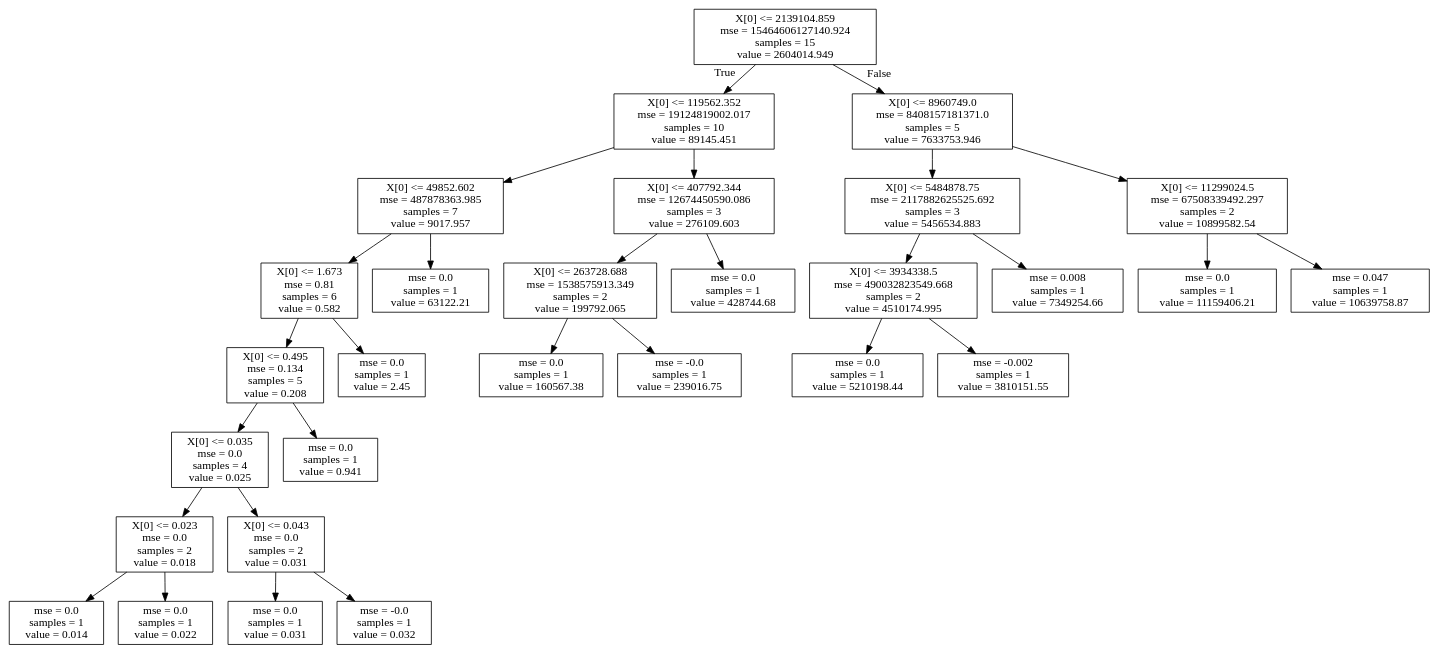
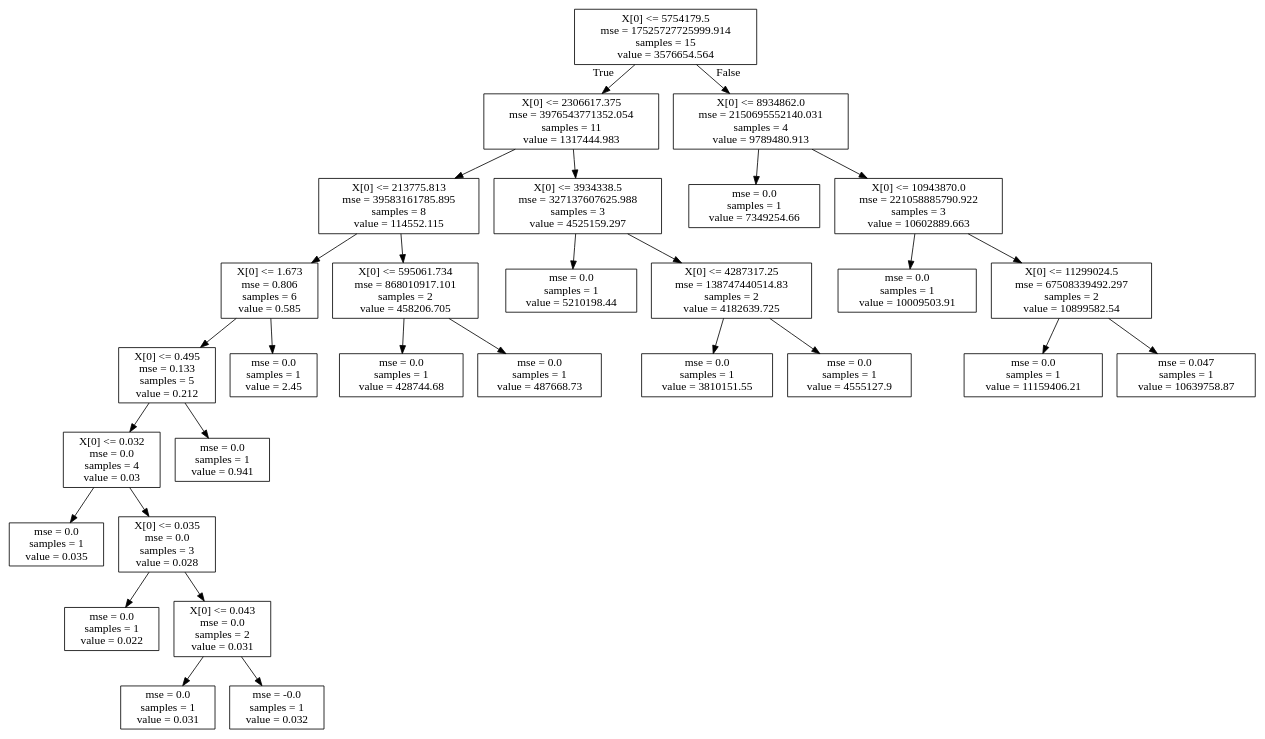
The diagram in dot_tree.dot (Dimitrios-Mourtzilas/Business-Strategy), drawn with Graphviz before and after one commit. The commit also changed 5 other files, not shown here.

```diff
--- a/dot_tree.dot
+++ b/dot_tree.dot
@@ -1,60 +1,60 @@
 digraph Tree {
 node [shape=box] ;
-0 [label="X[0] <= 2139104.859\nmse = 15464606127140.924\nsamples = 15\nvalue = 2604014.949"] ;
-1 [label="X[0] <= 119562.352\nmse = 19124819002.017\nsamples = 10\nvalue = 89145.451"] ;
+0 [label="X[0] <= 5754179.5\nmse = 17525727725999.914\nsamples = 15\nvalue = 3576654.564"] ;
+1 [label="X[0] <= 2306617.375\nmse = 3976543771352.054\nsamples = 11\nvalue = 1317444.983"] ;
 0 -> 1 [labeldistance=2.5, labelangle=45, headlabel="True"] ;
-2 [label="X[0] <= 49852.602\nmse = 487878363.985\nsamples = 7\nvalue = 9017.957"] ;
+2 [label="X[0] <= 213775.813\nmse = 39583161785.895\nsamples = 8\nvalue = 114552.115"] ;
 1 -> 2 ;
-3 [label="X[0] <= 1.673\nmse = 0.81\nsamples = 6\nvalue = 0.582"] ;
+3 [label="X[0] <= 1.673\nmse = 0.806\nsamples = 6\nvalue = 0.585"] ;
 2 -> 3 ;
-4 [label="X[0] <= 0.495\nmse = 0.134\nsamples = 5\nvalue = 0.208"] ;
+4 [label="X[0] <= 0.495\nmse = 0.133\nsamples = 5\nvalue = 0.212"] ;
 3 -> 4 ;
-5 [label="X[0] <= 0.035\nmse = 0.0\nsamples = 4\nvalue = 0.025"] ;
+5 [label="X[0] <= 0.032\nmse = 0.0\nsamples = 4\nvalue = 0.03"] ;
 4 -> 5 ;
-6 [label="X[0] <= 0.023\nmse = 0.0\nsamples = 2\nvalue = 0.018"] ;
+6 [label="mse = 0.0\nsamples = 1\nvalue = 0.035"] ;
 5 -> 6 ;
-7 [label="mse = 0.0\nsamples = 1\nvalue = 0.014"] ;
-6 -> 7 ;
+7 [label="X[0] <= 0.035\nmse = 0.0\nsamples = 3\nvalue = 0.028"] ;
+5 -> 7 ;
 8 [label="mse = 0.0\nsamples = 1\nvalue = 0.022"] ;
-6 -> 8 ;
+7 -> 8 ;
 9 [label="X[0] <= 0.043\nmse = 0.0\nsamples = 2\nvalue = 0.031"] ;
-5 -> 9 ;
+7 -> 9 ;
 10 [label="mse = 0.0\nsamples = 1\nvalue = 0.031"] ;
 9 -> 10 ;
 11 [label="mse = -0.0\nsamples = 1\nvalue = 0.032"] ;
 9 -> 11 ;
 12 [label="mse = 0.0\nsamples = 1\nvalue = 0.941"] ;
 4 -> 12 ;
 13 [label="mse = 0.0\nsamples = 1\nvalue = 2.45"] ;
 3 -> 13 ;
-14 [label="mse = 0.0\nsamples = 1\nvalue = 63122.21"] ;
+14 [label="X[0] <= 595061.734\nmse = 868010917.101\nsamples = 2\nvalue = 458206.705"] ;
 2 -> 14 ;
-15 [label="X[0] <= 407792.344\nmse = 12674450590.086\nsamples = 3\nvalue = 276109.603"] ;
-1 -> 15 ;
-16 [label="X[0] <= 263728.688\nmse = 1538575913.349\nsamples = 2\nvalue = 199792.065"] ;
-15 -> 16 ;
-17 [label="mse = 0.0\nsamples = 1\nvalue = 160567.38"] ;
-16 -> 17 ;
-18 [label="mse = -0.0\nsamples = 1\nvalue = 239016.75"] ;
-16 -> 18 ;
-19 [label="mse = 0.0\nsamples = 1\nvalue = 428744.68"] ;
-15 -> 19 ;
-20 [label="X[0] <= 8960749.0\nmse = 8408157181371.0\nsamples = 5\nvalue = 7633753.946"] ;
-0 -> 20 [labeldistance=2.5, labelangle=-45, headlabel="False"] ;
-21 [label="X[0] <= 5484878.75\nmse = 2117882625525.692\nsamples = 3\nvalue = 5456534.883"] ;
-20 -> 21 ;
-22 [label="X[0] <= 3934338.5\nmse = 490032823549.668\nsamples = 2\nvalue = 4510174.995"] ;
-21 -> 22 ;
-23 [label="mse = 0.0\nsamples = 1\nvalue = 5210198.44"] ;
+15 [label="mse = 0.0\nsamples = 1\nvalue = 428744.68"] ;
+14 -> 15 ;
+16 [label="mse = 0.0\nsamples = 1\nvalue = 487668.73"] ;
+14 -> 16 ;
+17 [label="X[0] <= 3934338.5\nmse = 327137607625.988\nsamples = 3\nvalue = 4525159.297"] ;
+1 -> 17 ;
+18 [label="mse = 0.0\nsamples = 1\nvalue = 5210198.44"] ;
+17 -> 18 ;
+19 [label="X[0] <= 4287317.25\nmse = 138747440514.83\nsamples = 2\nvalue = 4182639.725"] ;
+17 -> 19 ;
+20 [label="mse = 0.0\nsamples = 1\nvalue = 3810151.55"] ;
+19 -> 20 ;
+21 [label="mse = 0.0\nsamples = 1\nvalue = 4555127.9"] ;
+19 -> 21 ;
+22 [label="X[0] <= 8934862.0\nmse = 2150695552140.031\nsamples = 4\nvalue = 9789480.913"] ;
+0 -> 22 [labeldistance=2.5, labelangle=-45, headlabel="False"] ;
+23 [label="mse = 0.0\nsamples = 1\nvalue = 7349254.66"] ;
 22 -> 23 ;
-24 [label="mse = -0.002\nsamples = 1\nvalue = 3810151.55"] ;
+24 [label="X[0] <= 10943870.0\nmse = 221058885790.922\nsamples = 3\nvalue = 10602889.663"] ;
 22 -> 24 ;
-25 [label="mse = 0.008\nsamples = 1\nvalue = 7349254.66"] ;
-21 -> 25 ;
+25 [label="mse = 0.0\nsamples = 1\nvalue = 10009503.91"] ;
+24 -> 25 ;
 26 [label="X[0] <= 11299024.5\nmse = 67508339492.297\nsamples = 2\nvalue = 10899582.54"] ;
-20 -> 26 ;
+24 -> 26 ;
 27 [label="mse = 0.0\nsamples = 1\nvalue = 11159406.21"] ;
 26 -> 27 ;
 28 [label="mse = 0.047\nsamples = 1\nvalue = 10639758.87"] ;
 26 -> 28 ;
 }
```
